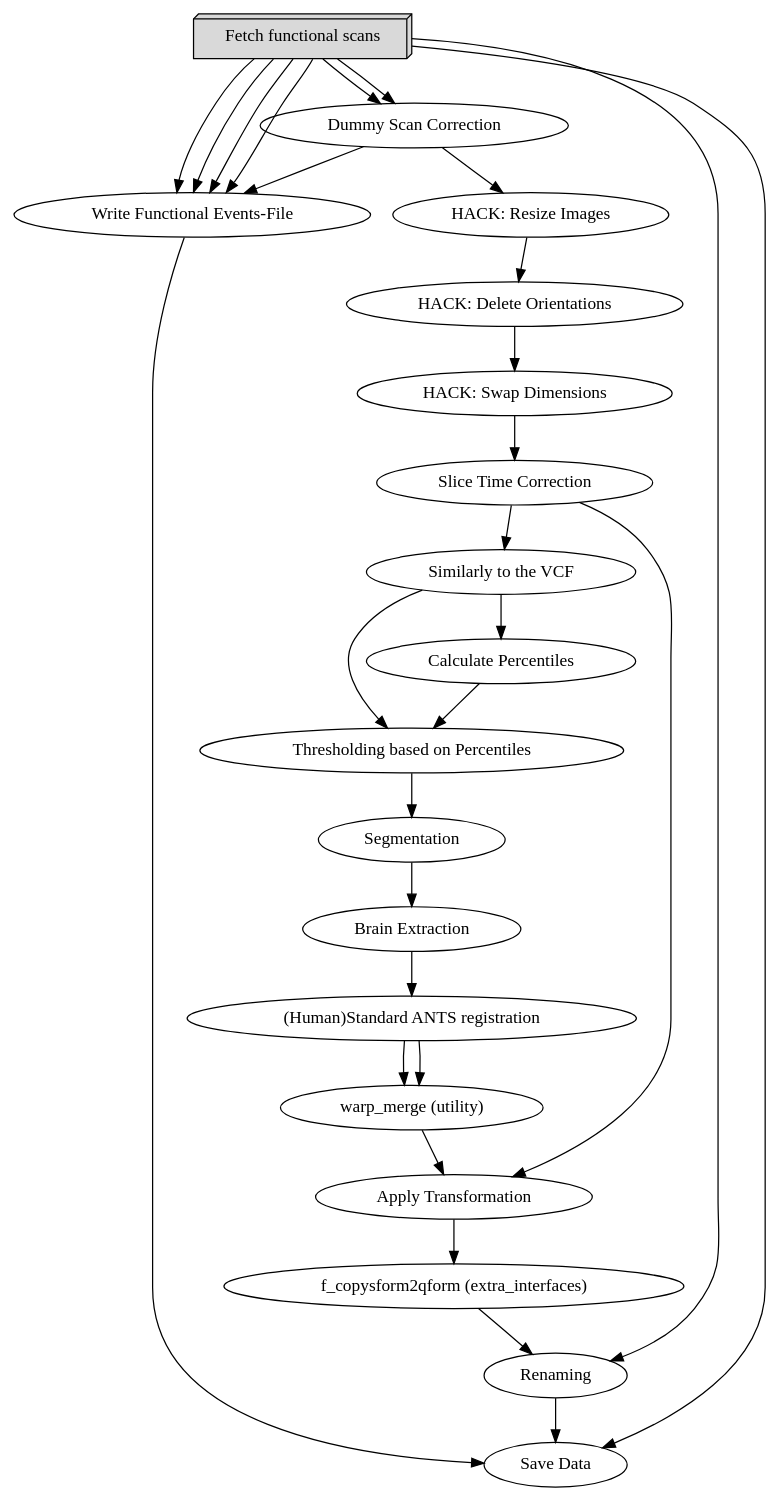
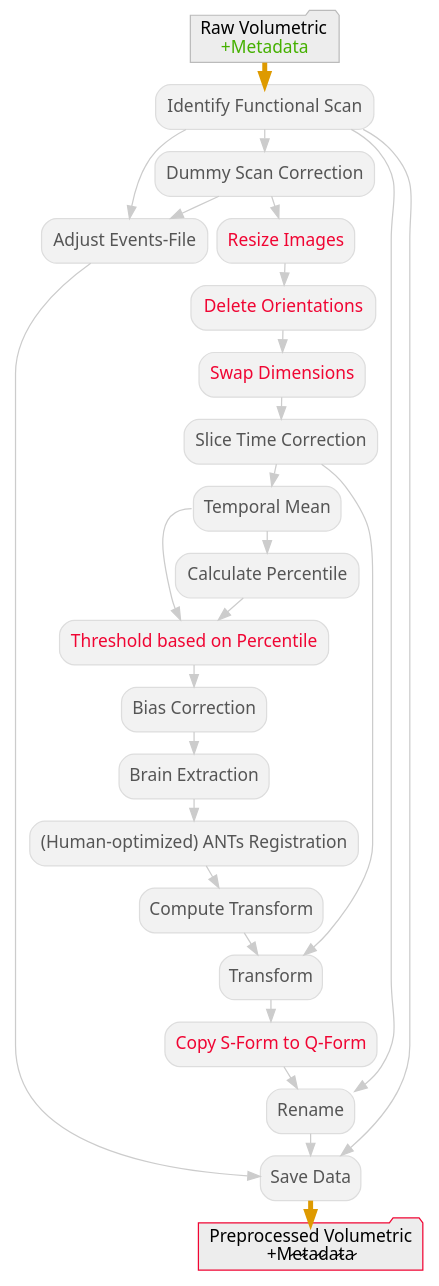
The diagram in data/legacy.dot (Jimmy2027/mlebe_RepSep), drawn with Graphviz before and after one commit. The commit also changed 8 other files, not shown here.

Commit message:
Figure 1 content and style update

```diff
--- a/data/legacy.dot
+++ b/data/legacy.dot
@@ -1,48 +1,57 @@
 digraph legacy_work{
-  legacy_work_get_f_scan[label="Fetch functional scans", shape=box3d,style=filled, color=black, colorscheme=greys7 fillcolor=2];
-  legacy_work_dummy_scans[label="Dummy Scan Correction"];
-  legacy_work_f_resize[label="HACK: Resize Images"];
-  legacy_work_f_deleteorient[label="HACK: Delete Orientations"];
-  legacy_work_f_swapdim[label="HACK: Swap Dimensions"];
-  legacy_work_slicetimer[label="Slice Time Correction"];
-  legacy_work_temporal_mean[label="Similarly to the VCF "];
-  legacy_work_f_percentile[label="Calculate Percentiles"];
-  legacy_work_f_threshold[label="Thresholding based on Percentiles"];
-  legacy_work_f_fast[label="Segmentation"];
-  legacy_work_f_BET[label="Brain Extraction"];
-  legacy_work_ants_introduction[label="(Human)Standard ANTS registration"];
-  legacy_work_warp_merge[label="warp_merge (utility)"];
-  legacy_work_f_warp[label="Apply Transformation"];
-  legacy_work_f_copysform2qform[label="f_copysform2qform (extra_interfaces)"];
-  legacy_work_f_rename[label="Renaming"];
-  legacy_work_events_file[label="Write Functional Events-File"];
-  legacy_work_datasink[label="Save Data"];
-  legacy_work_get_f_scan -> legacy_work_dummy_scans;
+  graph [pad="0.07", nodesep="0.1", ranksep="0.25"];
+  node [fontname = "sans", style="filled,rounded", shape="box"];
+  edge [fontname = "sans", color=gray80];
+  legacy_work_get_f_scan[label="Identify Functional Scan", color="#DDDDDD", fillcolor=grey95, fontcolor="#555555"];
+  legacy_work_dummy_scans[label="Dummy Scan Correction", color="#DDDDDD", fillcolor=grey95, fontcolor="#555555"];
+  legacy_work_f_resize[label="Resize Images", color="#DDDDDD", fillcolor=grey95, fontcolor="#F00533"];
+  legacy_work_f_deleteorient[label="Delete Orientations", color="#DDDDDD", fillcolor=grey95, fontcolor="#F00533"];
+  legacy_work_f_swapdim[label="Swap Dimensions", color="#DDDDDD", fillcolor=grey95, fontcolor="#F00533"];
+  legacy_work_slicetimer[label="Slice Time Correction", color="#DDDDDD", fillcolor=grey95, fontcolor="#555555"];
+  legacy_work_temporal_mean[label="Temporal Mean", color="#DDDDDD", fillcolor=grey95, fontcolor="#555555"];
+  legacy_work_f_percentile[label="Calculate Percentile", color="#DDDDDD", fillcolor=grey95, fontcolor="#555555"];
+  legacy_work_f_threshold[label="Threshold based on Percentile", color="#DDDDDD", fillcolor=grey95, fontcolor="#F00533"];
+  legacy_work_f_fast[label="Bias Correction", color="#DDDDDD", fillcolor=grey95, fontcolor="#555555"];
+  legacy_work_f_BET[label="Brain Extraction", color="#DDDDDD", fillcolor=grey95, fontcolor="#555555"];
+  legacy_work_ants_introduction[label="(Human-optimized) ANTs Registration", color="#DDDDDD", fillcolor=grey95, fontcolor="#555555"];
+  legacy_work_warp_merge[label="Compute Transform", color="#DDDDDD", fillcolor=grey95, fontcolor="#555555"];
+  legacy_work_f_warp[label="Transform", color="#DDDDDD", fillcolor=grey95, fontcolor="#555555"];
+  legacy_work_f_copysform2qform[label="Copy S-Form to Q-Form", color="#DDDDDD", fillcolor=grey95, fontcolor="#F00533"];
+  legacy_work_f_rename[label="Rename", color="#DDDDDD", fillcolor=grey95, fontcolor="#555555"];
+  legacy_work_events_file[label="Adjust Events-File", color="#DDDDDD", fillcolor=grey95, fontcolor="#555555"];
+  legacy_work_datasink[label="Save Data", color="#DDDDDD", fillcolor=grey95, fontcolor="#555555"];
+  d[
+      label=<Raw Volumetric<BR/><FONT COLOR="#45B000">+Metadata</FONT>>,
+      shape=folder, color="#BBBBBB", fillcolor=grey93,
+      ];
+  e[
+      label="Preprocessed Volumetric\n +M̷e̷t̷a̷d̷a̷t̷a̷",
+      shape=folder, color="#F00533", fillcolor=grey93,
+      ];
+  d -> legacy_work_get_f_scan [arrowsize=0.9, penwidth=4, color="#DE9A00"];
   legacy_work_get_f_scan -> legacy_work_dummy_scans;
   legacy_work_get_f_scan -> legacy_work_f_rename;
   legacy_work_get_f_scan -> legacy_work_datasink;
-  legacy_work_get_f_scan -> legacy_work_events_file;
-  legacy_work_get_f_scan -> legacy_work_events_file;
-  legacy_work_get_f_scan -> legacy_work_events_file;
+  legacy_work_get_f_scan -> legacy_work_events_file [style="invis"];
   legacy_work_get_f_scan -> legacy_work_events_file;
   legacy_work_dummy_scans -> legacy_work_events_file;
   legacy_work_dummy_scans -> legacy_work_f_resize;
   legacy_work_f_resize -> legacy_work_f_deleteorient;
   legacy_work_f_deleteorient -> legacy_work_f_swapdim;
   legacy_work_f_swapdim -> legacy_work_slicetimer;
   legacy_work_slicetimer -> legacy_work_temporal_mean;
   legacy_work_slicetimer -> legacy_work_f_warp;
   legacy_work_temporal_mean -> legacy_work_f_percentile;
-  legacy_work_temporal_mean -> legacy_work_f_threshold;
+  legacy_work_temporal_mean:w -> legacy_work_f_threshold;
   legacy_work_f_percentile -> legacy_work_f_threshold;
   legacy_work_f_threshold -> legacy_work_f_fast;
   legacy_work_f_fast -> legacy_work_f_BET;
   legacy_work_f_BET -> legacy_work_ants_introduction;
-  legacy_work_ants_introduction -> legacy_work_warp_merge;
   legacy_work_ants_introduction -> legacy_work_warp_merge;
   legacy_work_warp_merge -> legacy_work_f_warp;
   legacy_work_f_warp -> legacy_work_f_copysform2qform;
   legacy_work_f_copysform2qform -> legacy_work_f_rename;
   legacy_work_f_rename -> legacy_work_datasink;
   legacy_work_events_file -> legacy_work_datasink;
+  legacy_work_datasink -> e [arrowsize=0.9, penwidth=4, color="#DE9A00"];
 }
```
